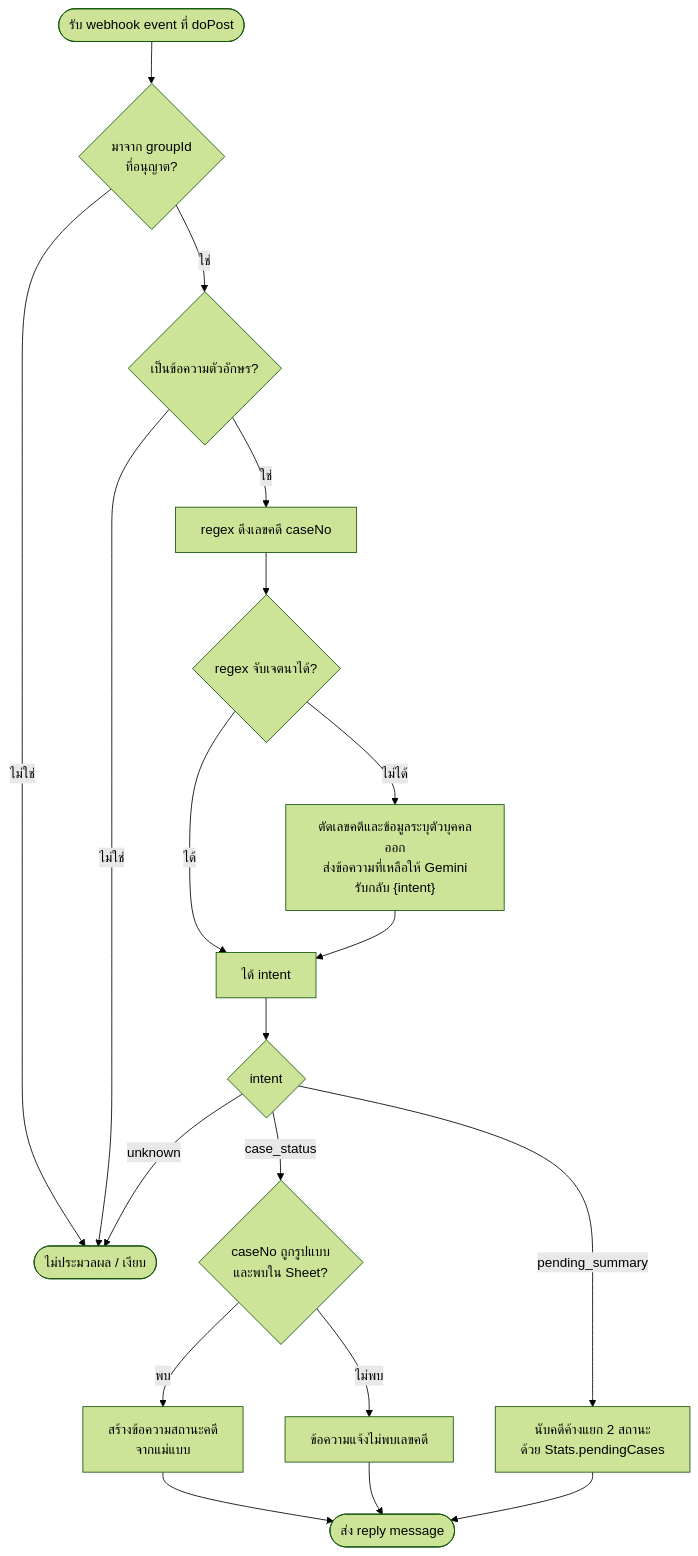
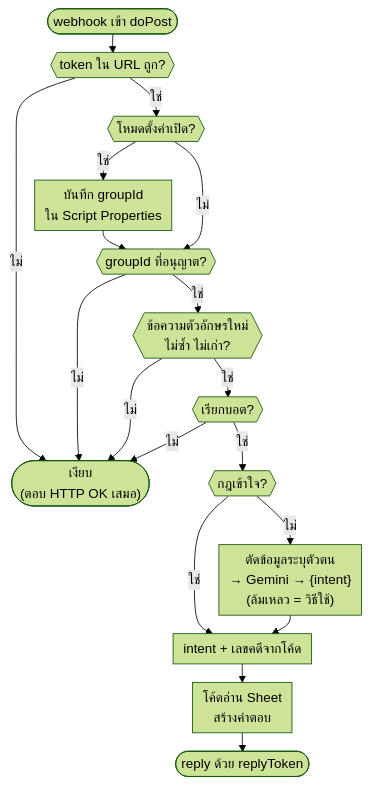
The third of 3 diagrams in thesis/drafts/03-การออกแบบระบบ.md (wongstorn298-cloud/blank-app), drawn with Mermaid (forest theme) before and after one commit. The commit also changed other lines of this file and 2 other files, not shown here.

````diff
--- a/thesis/drafts/03-การออกแบบระบบ.md
+++ b/thesis/drafts/03-การออกแบบระบบ.md
@@ -392,21 +482,21 @@
 ```mermaid
-flowchart TD
-  A([รับ webhook event ที่ doPost]) --> B{มาจาก groupId<br/>ที่อนุญาต?}
-  B -- ไม่ใช่ --> Z([ไม่ประมวลผล / เงียบ])
-  B -- ใช่ --> C{เป็นข้อความตัวอักษร?}
-  C -- ไม่ใช่ --> Z
-  C -- ใช่ --> C2[regex ดึงเลขคดี caseNo]
-  C2 --> D{regex จับเจตนาได้?}
-  D -- ได้ --> F[ได้ intent]
-  D -- ไม่ได้ --> E["ตัดเลขคดีและข้อมูลระบุตัวบุคคลออก<br/>ส่งข้อความที่เหลือให้ Gemini<br/>รับกลับ {intent}"]
-  E --> F
-  F --> G{intent}
-  G -- case_status --> H{caseNo ถูกรูปแบบ<br/>และพบใน Sheet?}
-  H -- พบ --> I[สร้างข้อความสถานะคดี<br/>จากแม่แบบ]
-  H -- ไม่พบ --> J[ข้อความแจ้งไม่พบเลขคดี]
-  G -- pending_summary --> K
-  G -- unknown --> Z
-  I --> R([ส่ง reply message])
-  J --> R
-  K["นับคดีค้างแยก 2 สถานะ<br/>ด้วย Stats.pendingCases"] --> R
+%%{init: {"flowchart": {"nodeSpacing": 24, "rankSpacing": 22, "padding": 6}}}%%
+flowchart TB
+  A(["webhook เข้า doPost"]) --> B{{"token ใน URL ถูก?"}}
+  B -- ไม่ --> X(["เงียบ<br/>(ตอบ HTTP OK เสมอ)"])
+  B -- ใช่ --> M{{"โหมดตั้งค่าเปิด?"}}
+  M -- ใช่ --> M1["บันทึก groupId<br/>ใน Script Properties"]
+  M1 --> C
+  M -- ไม่ --> C{{"groupId ที่อนุญาต?"}}
+  C -- ไม่ --> X
+  C -- ใช่ --> E{{"ข้อความตัวอักษรใหม่<br/>ไม่ซ้ำ ไม่เก่า?"}}
+  E -- ไม่ --> X
+  E -- ใช่ --> F{{"เรียกบอต?"}}
+  F -- ไม่ --> X
+  F -- ใช่ --> G{{"กฎเข้าใจ?"}}
+  G -- ใช่ --> I["intent + เลขคดีจากโค้ด"]
+  G -- ไม่ --> H["ตัดข้อมูลระบุตัวตน<br/>→ Gemini → {intent}<br/>(ล้มเหลว = วิธีใช้)"]
+  H --> I
+  I --> R["โค้ดอ่าน Sheet<br/>สร้างคำตอบ"]
+  R --> Z(["reply ด้วย replyToken"])
 ```
````
